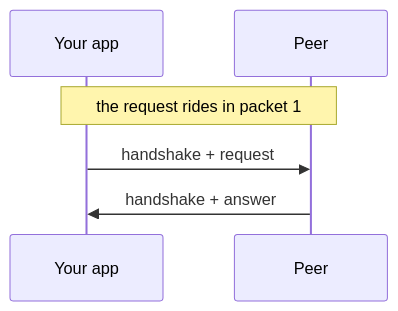
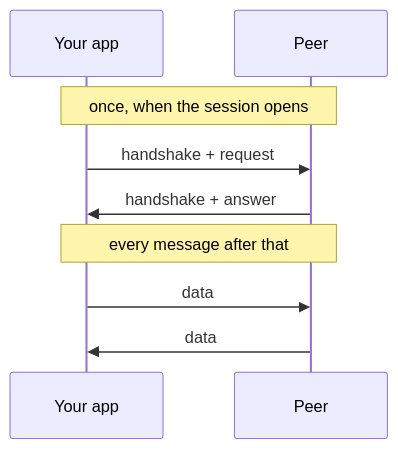
The first of 5 diagrams in README.md (YounghyeonPark/fectp), drawn with Mermaid before and after one commit. The commit also changed other lines of this file, not shown here.

First line of the commit message:
README: say plainly that the handshake happens once per session

````diff
--- a/README.md
+++ b/README.md
@@ -46,8 +46,11 @@
 ```mermaid
 sequenceDiagram
     participant A as Your app
     participant B as Peer
-    Note over A,B: the request rides in packet 1
+    Note over A,B: once, when the session opens
     A->>B: handshake + request
     B->>A: handshake + answer
+    Note over A,B: every message after that
+    A->>B: data
+    B->>A: data
 ```
````
